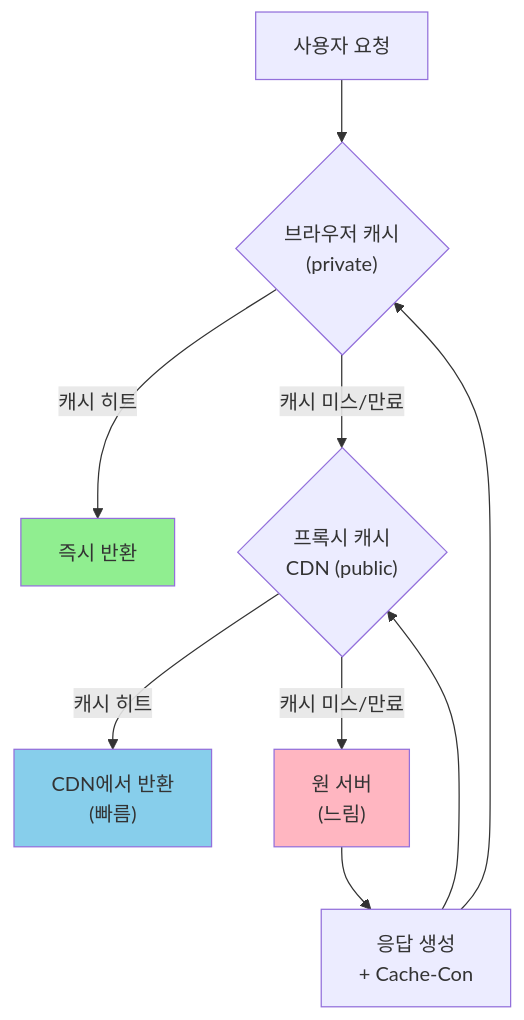
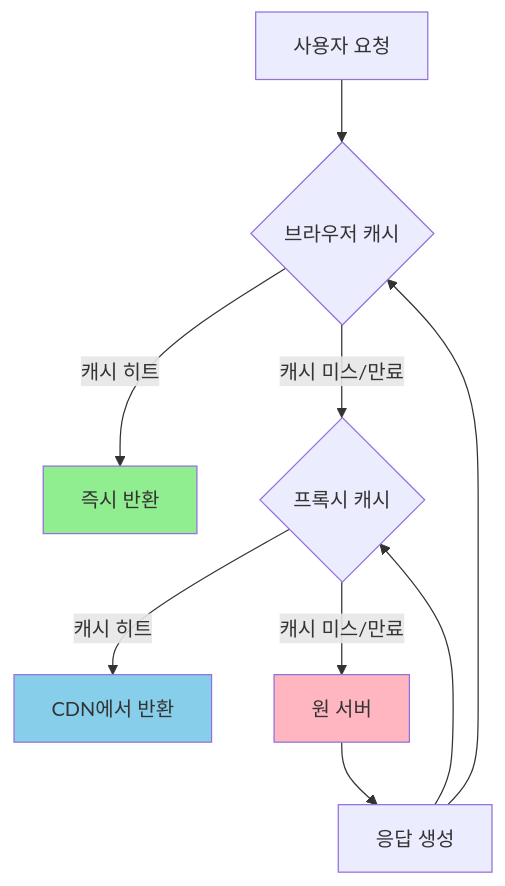
The sixth of 6 diagrams in _posts/http/2021-04-25-http-11.md (yjkim2015/yjkim2015.github.io), drawn with Mermaid before and after one commit. The commit also changed 217 other files, not shown here.

First line of the commit message:
Mermaid 크기 수정: useMaxWidth:true + SVG max-width:100% + 라벨 축소

````diff
--- a/_posts/http/2021-04-25-http-11.md
+++ b/_posts/http/2021-04-25-http-11.md
@@ -316,14 +316,14 @@
 ```mermaid
 graph TD
-    A["사용자 요청"] --> B{"브라우저 캐시\n(private)"}
+    A["사용자 요청"] --> B{"브라우저 캐시"}
     B -- "캐시 히트" --> Z["즉시 반환"]
-    B -- "캐시 미스/만료" --> C{"프록시 캐시\nCDN (public)"}
-    C -- "캐시 히트" --> Y["CDN에서 반환\n(빠름)"]
-    C -- "캐시 미스/만료" --> D["원 서버\n(느림)"]
-    D --> E["응답 생성\n+ Cache-Con"]
+    B -- "캐시 미스/만료" --> C{"프록시 캐시"}
+    C -- "캐시 히트" --> Y["CDN에서 반환"]
+    C -- "캐시 미스/만료" --> D["원 서버"]
+    D --> E["응답 생성"]
     E --> C
     E --> B
     style Z fill:#90EE90
     style Y fill:#87CEEB
     style D fill:#FFB6C1
 ```
````
